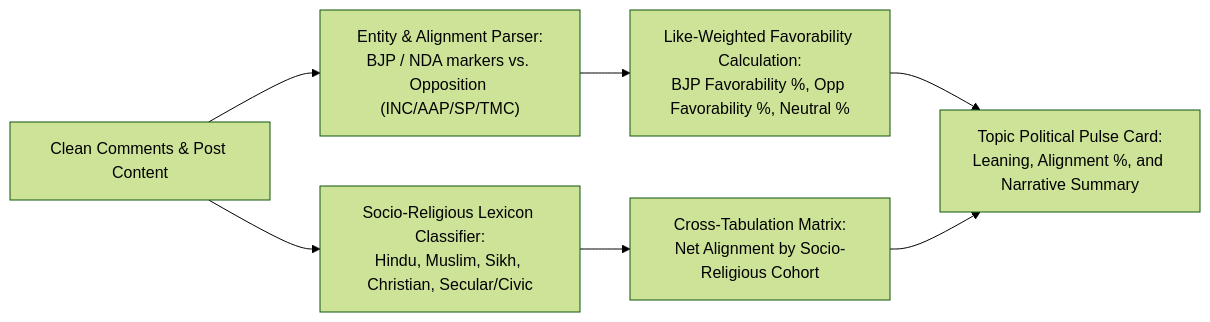
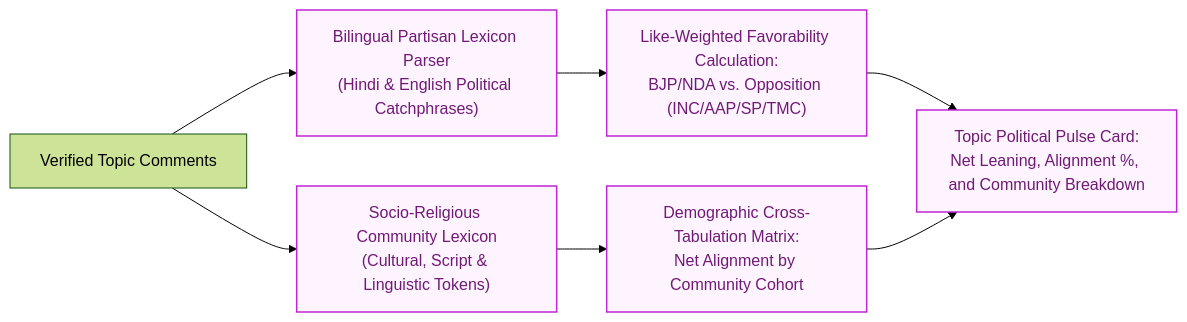
Diagram 11 of 18 in docs/ARCHITECTURE.md (shankha06/identify-what-matters), drawn with Mermaid (forest theme) before and after one commit. The commit also changed other lines of this file and 21 other files, not shown here.

````diff
--- a/docs/ARCHITECTURE.md
+++ b/docs/ARCHITECTURE.md
@@ -345,10 +513,13 @@
 ```mermaid
 flowchart LR
-    COMM["Clean Comments & Post Content"] --> ENTITY["Entity & Alignment Parser:<br/>BJP / NDA markers vs. Opposition (INC/AAP/SP/TMC)"]
-    COMM --> REL_LENS["Socio-Religious Lexicon Classifier:<br/>Hindu, Muslim, Sikh, Christian, Secular/Civic"]
-    
-    ENTITY --> FAV["Like-Weighted Favorability Calculation:<br/>BJP Favorability %, Opp Favorability %, Neutral %"]
-    REL_LENS --> CROSS["Cross-Tabulation Matrix:<br/>Net Alignment by Socio-Religious Cohort"]
-    
-    FAV & CROSS --> PULSE_OUT["Topic Political Pulse Card:<br/>Leaning, Alignment %, and Narrative Summary"]
+    COMM["Verified Topic Comments"] --> ENTITY_PARSER["Bilingual Partisan Lexicon Parser<br/>(Hindi & English Political Catchphrases)"]
+    COMM --> REL_PARSER["Socio-Religious Community Lexicon<br/>(Cultural, Script & Linguistic Tokens)"]
+
+    ENTITY_PARSER --> FAV_CALC["Like-Weighted Favorability Calculation:<br/>BJP/NDA vs. Opposition (INC/AAP/SP/TMC)"]
+    REL_PARSER --> CROSS_TAB["Demographic Cross-Tabulation Matrix:<br/>Net Alignment by Community Cohort"]
+
+    FAV_CALC & CROSS_TAB --> PULSE_CARD["Topic Political Pulse Card:<br/>Net Leaning, Alignment %, and Community Breakdown"]
+
+    classDef pStyle fill:#fdf4ff,stroke:#c026d3,stroke-width:1.5px,color:#701a75;
+    class ENTITY_PARSER,REL_PARSER,FAV_CALC,CROSS_TAB,PULSE_CARD pStyle;
 ```
````
